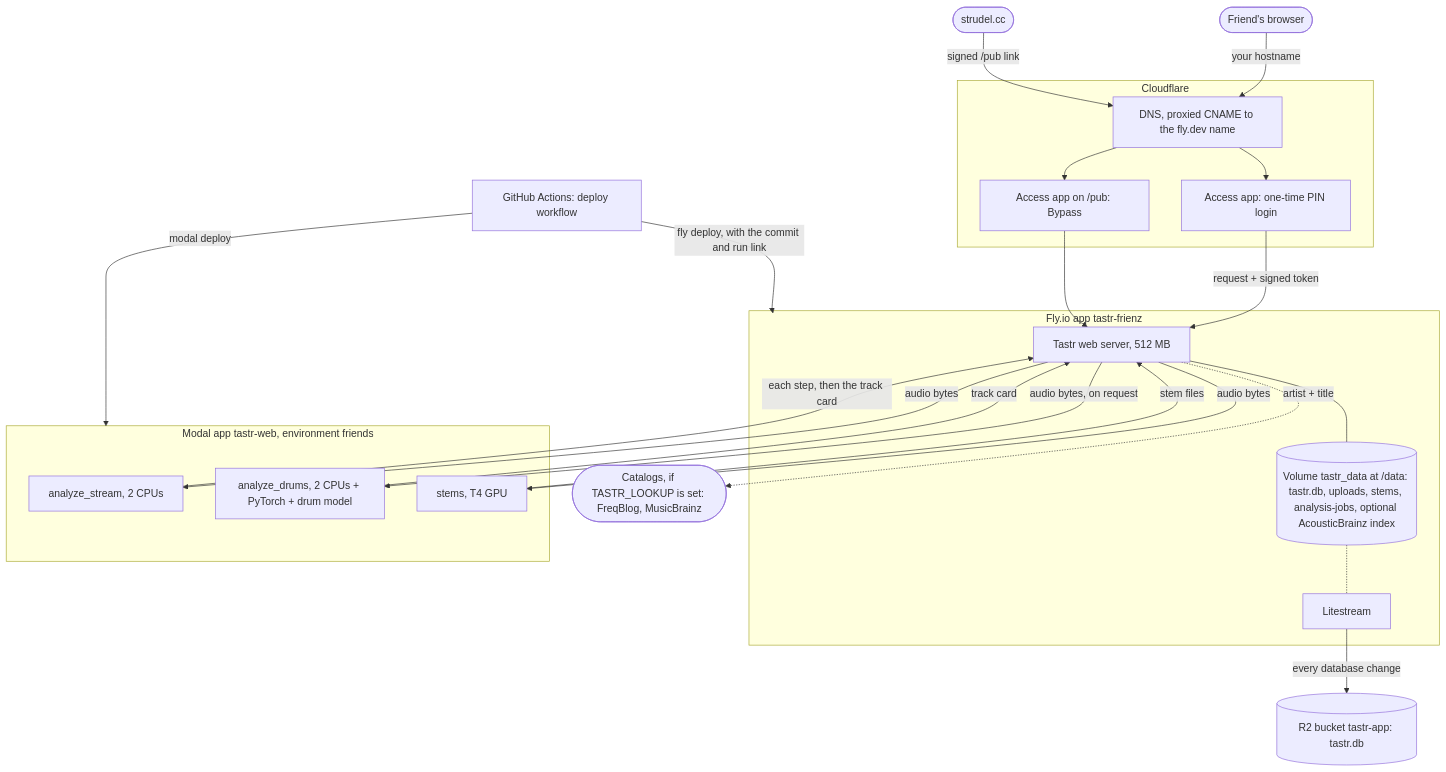
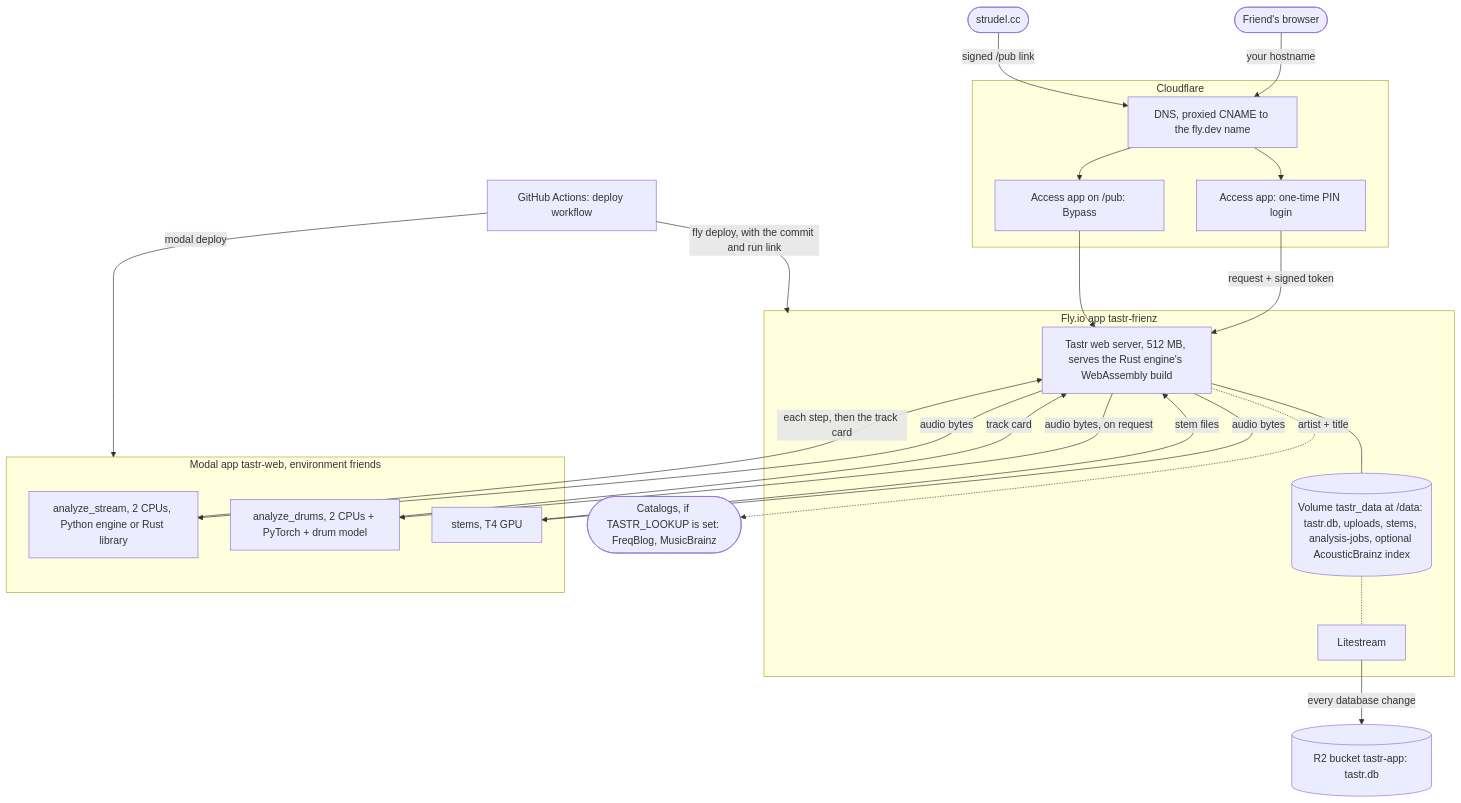
One commit to pocketIlmatto/tastr changed the first of 2 diagrams in docs/hosting-map.md. Above: the diagram before and after it, drawn with Mermaid. The commit also changed other lines of this file and 27 other files, not shown here.

First line of the commit message:
Rust engine P4: TASTR_ENGINE=rust and whole cards in the browser, behind flags (#47)

````diff
--- a/docs/hosting-map.md
+++ b/docs/hosting-map.md
@@ -25,35 +25,35 @@
 ```mermaid
 flowchart TB
   F([Friend's browser])
   S([strudel.cc])
   subgraph CF[Cloudflare]
     DNS[DNS, proxied CNAME to the fly.dev name]
     ACC[Access app: one-time PIN login]
     BYP[Access app on /pub: Bypass]
   end
   subgraph FLY[Fly.io app tastr-frienz]
-    WEB[Tastr web server, 512 MB]
+    WEB[Tastr web server, 512 MB, serves the Rust engine's WebAssembly build]
     VOL[(Volume tastr_data at /data: tastr.db, uploads, stems, analysis-jobs, optional AcousticBrainz index)]
     LS[Litestream]
   end
   subgraph MOD[Modal app tastr-web, environment friends]
-    AN[analyze_stream, 2 CPUs]
+    AN[analyze_stream, 2 CPUs, Python engine or Rust library]
     AD[analyze_drums, 2 CPUs + PyTorch + drum model]
     ST[stems, T4 GPU]
   end
   R2[(R2 bucket tastr-app: tastr.db)]
   GH[GitHub Actions: deploy workflow]
   CAT([Catalogs, if TASTR_LOOKUP is set: FreqBlog, MusicBrainz])
 
   F -->|your hostname| DNS --> ACC -->|request + signed token| WEB
   S -->|signed /pub link| DNS --> BYP --> WEB
   WEB --- VOL
   VOL -.- LS
   LS -->|every database change| R2
   WEB -->|audio bytes| AN -->|each step, then the track card| WEB
   WEB -->|audio bytes, on request| AD -->|track card| WEB
   WEB -->|audio bytes| ST -->|stem files| WEB
   WEB -.->|artist + title| CAT
   GH -->|modal deploy| MOD
   GH -->|fly deploy, with the commit and run link| FLY
 ```
````
